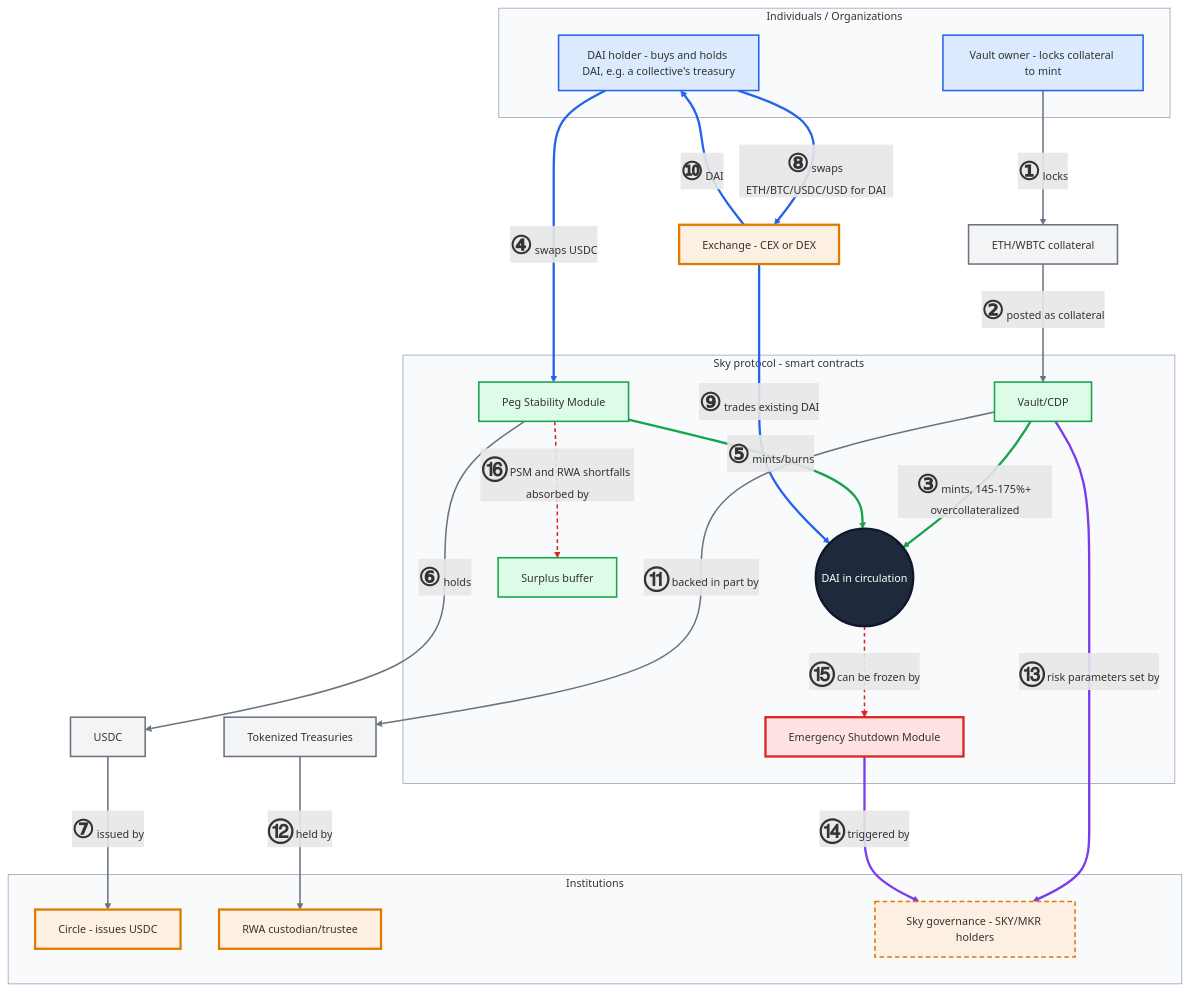
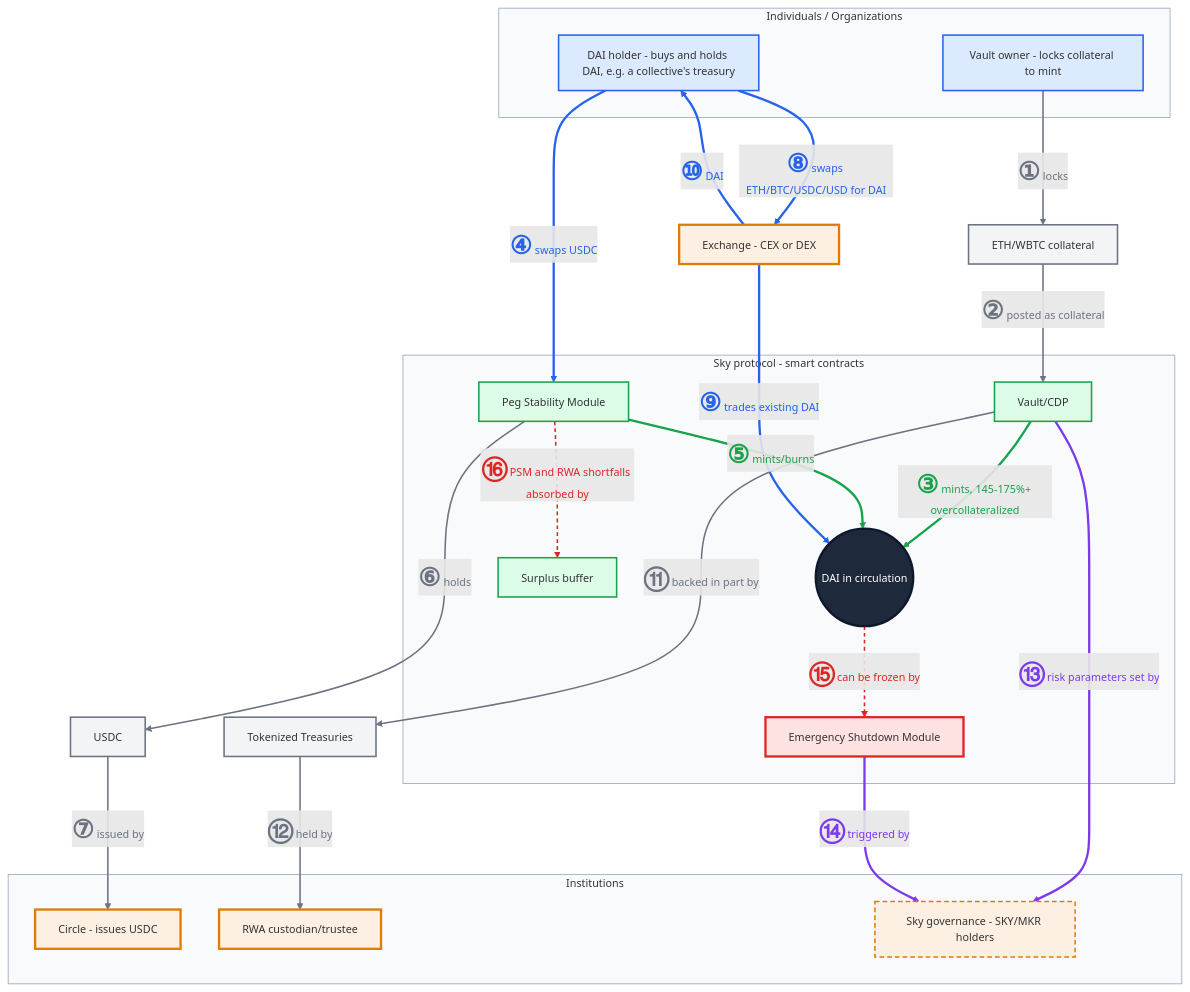
The diagram in governance/diagrams/dai-flows.mmd (doikayt/admin), drawn with Mermaid before and after one commit. The commit also changed 3 other files, not shown here.

First line of the commit message:
docs: color the DAI diagram's numbered labels and walkthrough numerals by arrow family

```diff
--- a/governance/diagrams/dai-flows.mmd
+++ b/governance/diagrams/dai-flows.mmd
@@ -1,73 +1,73 @@
 %%{init: {"themeVariables": {"fontSize": "14px"}, "flowchart": {"nodeSpacing": 50, "rankSpacing": 70}}}%%
 flowchart TD
     subgraph USERS["Individuals / Organizations"]
         VaultOwner[Vault owner - locks collateral to mint]
         Holder[DAI holder - buys and holds DAI, e.g. a collective's treasury]
     end
 
     Exchange[Exchange - CEX or DEX]
     ETHCollat[ETH/WBTC collateral]
 
     subgraph PROTO["Sky protocol - smart contracts"]
         DAISupply((DAI in circulation))
         PSM[Peg Stability Module]
         Vault[Vault/CDP]
         ESM[Emergency Shutdown Module]
         Buffer[Surplus buffer]
     end
 
     USDC[USDC]
     RWA[Tokenized Treasuries]
 
     subgraph INST["Institutions"]
         Circle[Circle - issues USDC]
         RWACustodian[RWA custodian/trustee]
         Governance[Sky governance - SKY/MKR holders]
     end
 
     VaultOwner -- "<b style='font-size:2.3em'>①</b> locks" --> ETHCollat
     ETHCollat -- "<b style='font-size:2.3em'>②</b> posted as collateral" --> Vault
     Vault -- "<b style='font-size:2.3em'>③</b> mints, 145-175%+ overcollateralized" --> DAISupply
 
     Holder -- "<b style='font-size:2.3em'>④</b> swaps USDC" --> PSM
     PSM -- "<b style='font-size:2.3em'>⑤</b> mints/burns" --> DAISupply
     PSM -- "<b style='font-size:2.3em'>⑥</b> holds" --> USDC
     USDC -- "<b style='font-size:2.3em'>⑦</b> issued by" --> Circle
 
     Holder -- "<b style='font-size:2.3em'>⑧</b> swaps ETH/BTC/USDC/USD for DAI" --> Exchange
     Exchange -- "<b style='font-size:2.3em'>⑨</b> trades existing DAI" --> DAISupply
     Exchange -- "<b style='font-size:2.3em'>⑩</b> DAI" --> Holder
 
     Vault -- "<b style='font-size:2.3em'>⑪</b> backed in part by" --> RWA
     RWA -- "<b style='font-size:2.3em'>⑫</b> held by" --> RWACustodian
 
     Vault -- "<b style='font-size:2.3em'>⑬</b> risk parameters set by" --> Governance
     ESM -- "<b style='font-size:2.3em'>⑭</b> triggered by" --> Governance
 
     DAISupply -- "<b style='font-size:2.3em'>⑮</b> can be frozen by" --> ESM
     PSM -.->|"<b style='font-size:2.3em'>⑯</b> PSM and RWA shortfalls absorbed by"| Buffer
 
     classDef user fill:#dbeafe,stroke:#2563eb,stroke-width:2px
     classDef code fill:#dcfce7,stroke:#16a34a,stroke-width:2px
     classDef asset fill:#f3f4f6,stroke:#6b7280,stroke-width:2px
     classDef token fill:#1e293b,stroke:#0f172a,stroke-width:3px,color:#ffffff
     classDef cutoff fill:#fdf0e3,stroke:#e07b00,stroke-width:3px
     classDef legal fill:#fdf0e3,stroke:#e07b00,stroke-width:2px,stroke-dasharray:6 4
     classDef breaker fill:#fee2e2,stroke:#dc2626,stroke-width:3px
     class VaultOwner,Holder user
     class Vault,PSM,Buffer code
     class ETHCollat,USDC,RWA asset
     class DAISupply token
     class Circle,RWACustodian,Exchange cutoff
     class Governance legal
     class ESM breaker
 
     style USERS fill:#f8fafc,stroke:#94a3b8
     style PROTO fill:#f8fafc,stroke:#94a3b8
     style INST fill:#f8fafc,stroke:#94a3b8
 
-    linkStyle 2,4 stroke:#16a34a,stroke-width:3px
-    linkStyle 3,7,8,9 stroke:#2563eb,stroke-width:3px
-    linkStyle 0,1,5,6,10,11 stroke:#6b7280,stroke-width:2px
-    linkStyle 12,13 stroke:#7c3aed,stroke-width:3px
-    linkStyle 14,15 stroke:#dc2626,stroke-width:2px,stroke-dasharray:5 4
+    linkStyle 2,4 stroke:#16a34a,stroke-width:3px,color:#16a34a
+    linkStyle 3,7,8,9 stroke:#2563eb,stroke-width:3px,color:#2563eb
+    linkStyle 0,1,5,6,10,11 stroke:#6b7280,stroke-width:2px,color:#6b7280
+    linkStyle 12,13 stroke:#7c3aed,stroke-width:3px,color:#7c3aed
+    linkStyle 14,15 stroke:#dc2626,stroke-width:2px,stroke-dasharray:5 4,color:#dc2626
```
